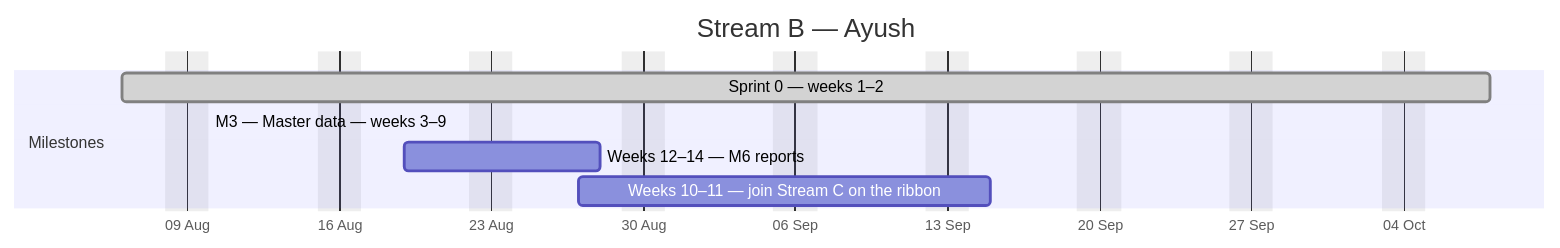
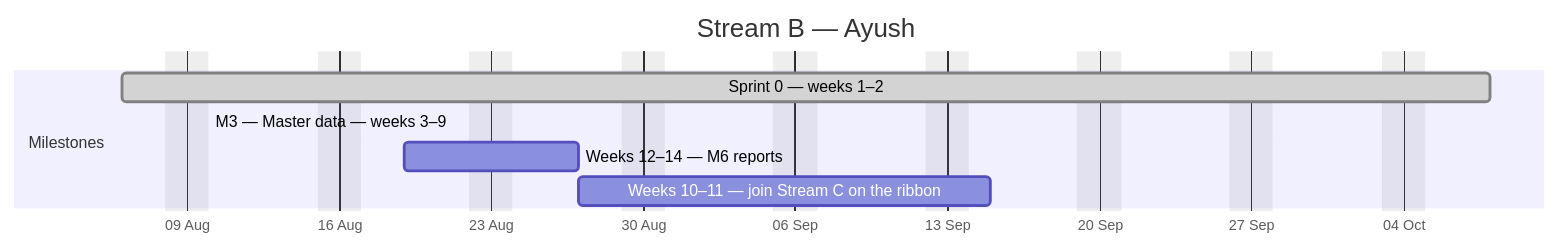
One commit to debashisedunext/EduTrack changed the second of 4 diagrams in docs/plan/GANTT.md. Above: the diagram before and after it, drawn with Mermaid. The commit also changed other lines of this file and 3 other files, not shown here.

````diff
--- a/docs/plan/GANTT.md
+++ b/docs/plan/GANTT.md
@@ -119,12 +119,12 @@
 ```mermaid
 gantt
     dateFormat YYYY-MM-DD
     axisFormat %d %b
     title Stream B — Ayush
     excludes weekends
     section Milestones
     Sprint 0 — weeks 1–2 :done, b0, 2026-08-06, 45d
     M3 — Master data — weeks 3–9 :active, b1, 2026-08-10, -9d
-    Weeks 12–14 — M6 reports :b2, 2026-08-19, 7d
+    Weeks 12–14 — M6 reports :b2, 2026-08-19, 6d
     Weeks 10–11 — join Stream C on the ribbon :b3, 2026-08-27, 13d
 ```
````
